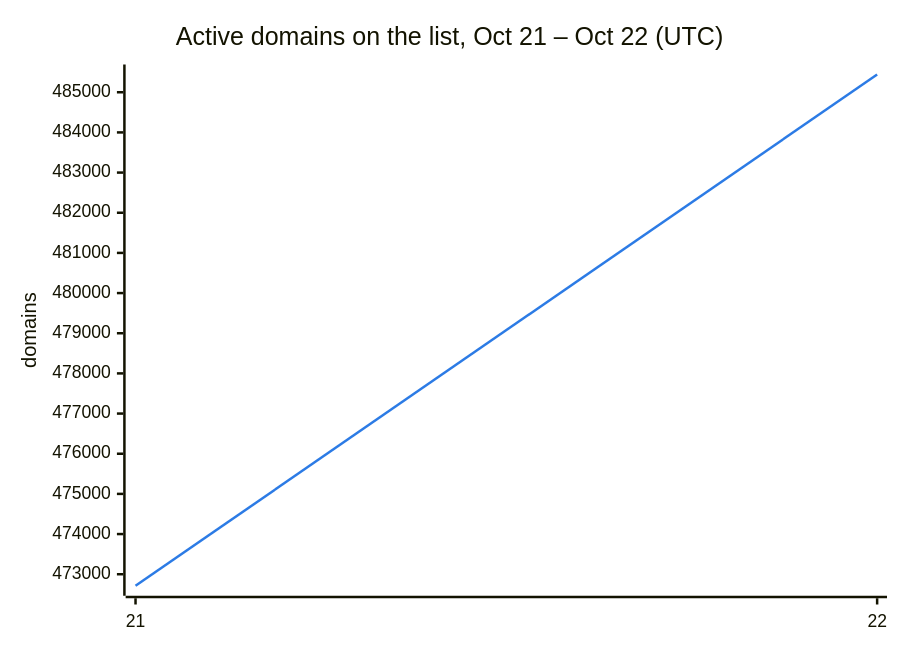
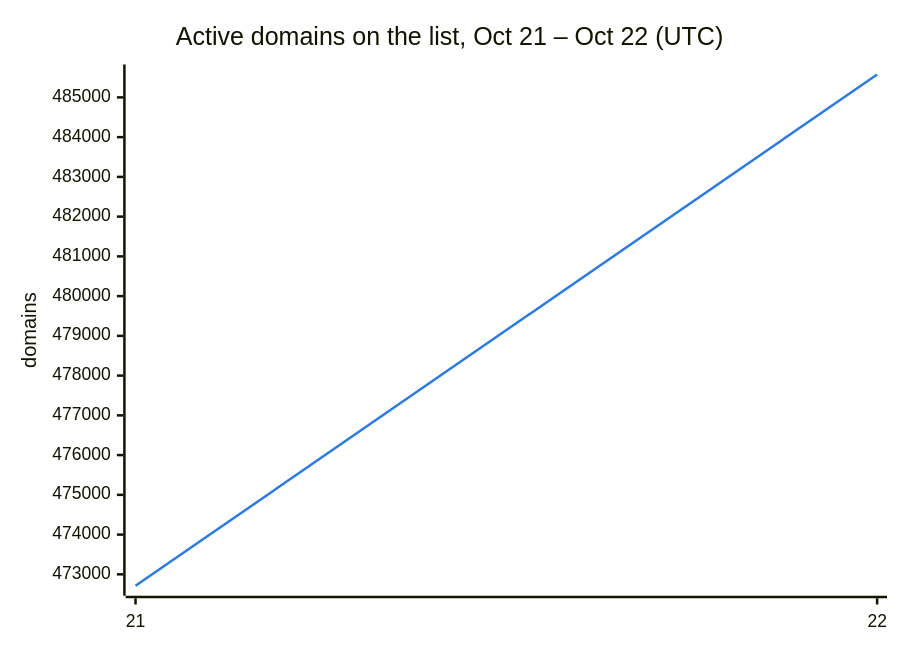
Before and after one commit to DNSBunker/CTI: the second of 3 diagrams in README.md, drawn with Mermaid. The commit also changed other lines of this file and 3 other files, not shown here.

````diff
--- a/README.md
+++ b/README.md
@@ -38,8 +38,8 @@
 ```mermaid
 %%{init: {"themeVariables": {"xyChart": {"plotColorPalette": "#2c7be5"}}}}%%
 xychart-beta
     title "Active domains on the list, Oct 21 – Oct 22 (UTC)"
     x-axis ["21", "22"]
     y-axis "domains"
-    line [472713, 485442]
+    line [472713, 485576]
 ```
````
